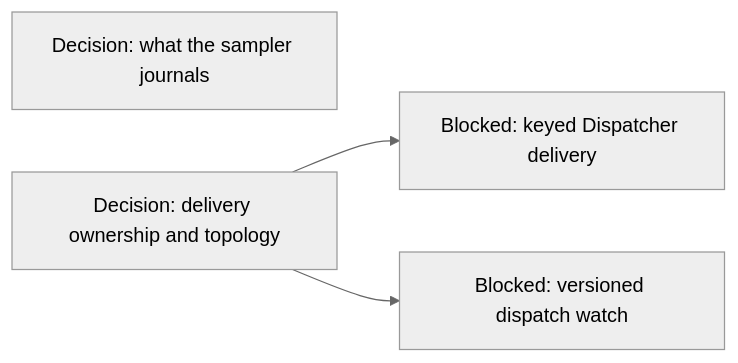
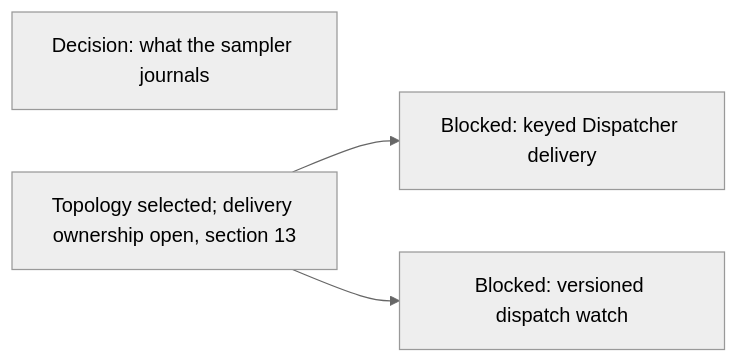
One commit to agentydragon/ducktape changed diagram 20 of 21 in agentplane/plans/task_dag.md. Above: the diagram before and after it, drawn with Mermaid (neutral theme). The commit also changed other lines of this file and 1 other file, not shown here.

````diff
--- a/agentplane/plans/task_dag.md
+++ b/agentplane/plans/task_dag.md
@@ -3861,6 +3962,6 @@
 ```mermaid
 flowchart LR
     SAMPLER_JOURNAL_DIET[Decision: what the sampler journals]
-    DISPATCHER_PERSISTENCE_MODEL_DESIGN[Decision: delivery ownership and topology] --> DISPATCHER_KEYED_DELIVERY[Blocked: keyed Dispatcher delivery]
+    DISPATCHER_PERSISTENCE_MODEL_DESIGN[Topology selected; delivery ownership open, section 13] --> DISPATCHER_KEYED_DELIVERY[Blocked: keyed Dispatcher delivery]
     DISPATCHER_PERSISTENCE_MODEL_DESIGN --> DISPATCHER_WATCH_VERSIONS[Blocked: versioned dispatch watch]
 ```
````
